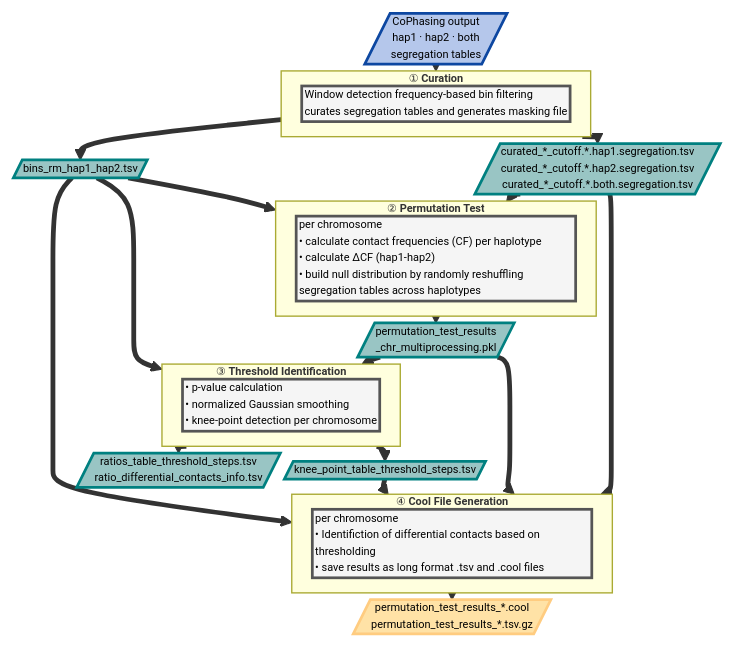
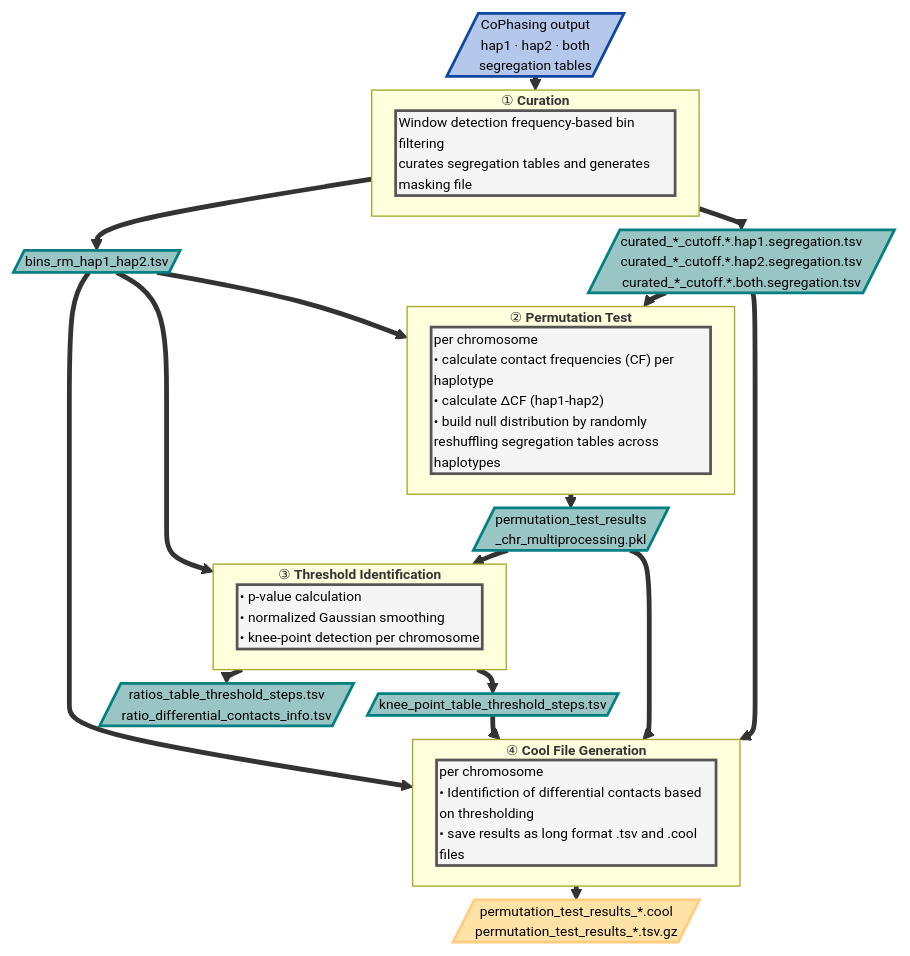
One commit to schwarzlab-ccb/cophasing changed the diagram in README.md. Above: the diagram before and after it, drawn with Mermaid.

Commit message:
adjusted visualisation spacing

````diff
--- a/README.md
+++ b/README.md
@@ -108,67 +108,67 @@
 ```mermaid
 ---
 config:
   flowchart:
-    nodeSpacing: 2
-    rankSpacing: 5
+    nodeSpacing: 10
+    rankSpacing: 10
     diagramPadding: 1
     padding: 1
   themeVariables:
-    fontSize: 8px
+    fontSize: 10px
 ---
 flowchart TD
     IN[/"CoPhasing output\nhap1 · hap2 · both\nsegregation tables"/]
 
     IN ==> S1
 
     subgraph S1["`① **Curation**`"]
         P1["Window detection frequency-based bin filtering\ncurates segregation tables and generates masking file"]
     end
 
     S1 ==> CUR[/"curated_*_cutoff.*.hap1.segregation.tsv\ncurated_*_cutoff.*.hap2.segregation.tsv\ncurated_*_cutoff.*.both.segregation.tsv"/]
     S1 ==> BINS[/"bins_rm_hap1_hap2.tsv"/]
 
     CUR ==> S2
     BINS ==> S2
 
     subgraph S2["`② **Permutation Test**`"]
         P2["per chromosome<br/>• calculate contact frequencies (CF) per haplotype<br/>• calculate ∆CF (hap1-hap2)<br/>• build null distribution by randomly reshuffling segregation tables across haplotypes"]
     end
 
     S2 ==> PKL[/"permutation_test_results\n_chr_multiprocessing.pkl"/]
 
     PKL ==> S3
     BINS ==> S3
 
     subgraph S3["`③ **Threshold Identification**`"]
         P3["• p-value calculation<br/>• normalized Gaussian smoothing<br/>• knee-point detection per chromosome"]
     end
 
     S3 ==> KNEE[/"knee_point_table_threshold_steps.tsv"/]
     S3 ==> RATIO[/"ratios_table_threshold_steps.tsv\nratio_differential_contacts_info.tsv"/]
 
     CUR ==> S4
     PKL ==> S4
     KNEE ==> S4
     BINS ==> S4
 
     subgraph S4["`④ **Cool File Generation**`"]
         P4["per chromosome<br/>• Identifiction of differential contacts based on thresholding<br/>• save results as long format .tsv and .cool files"]
     end
 
     S4 ==> COOL[/"permutation_test_results_*.cool\npermutation_test_results_*.tsv.gz"/]
 
     classDef input fill:#b5c7eb,stroke:#0d47a1,color:#000,stroke-width:2px;
     classDef process fill:#f5f5f5,stroke:#555555,color:#000,stroke-width:2px;
     classDef file fill:#99c5c4,stroke:#008080,color:#000,stroke-width:2px;
     classDef output fill:#ffe2a6,stroke:#ffcc80,color:#000,stroke-width:2px;
 
 
     class IN input;
     class P1,P2,P3,P4 process;
     class CUR,BINS,PKL,KNEE,RATIO file;
     class COOL output;
 
     classDef leftAlign text-align:left;
     class P1,P2,P3,P4 leftAlign;
 ```
````
